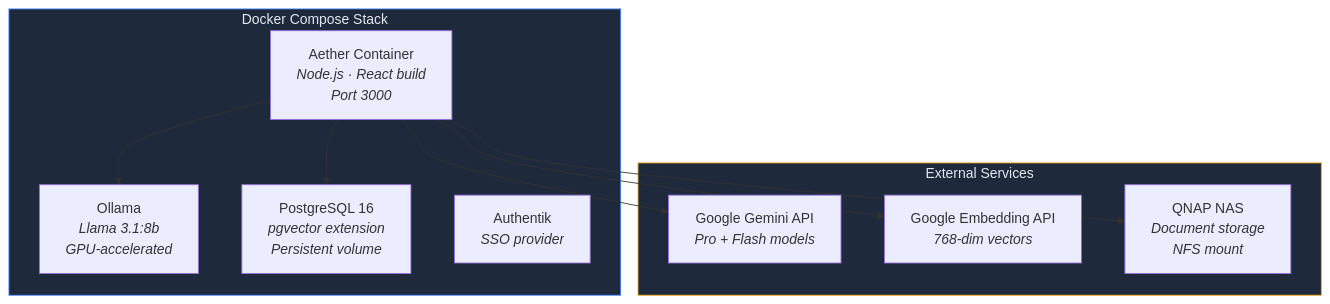
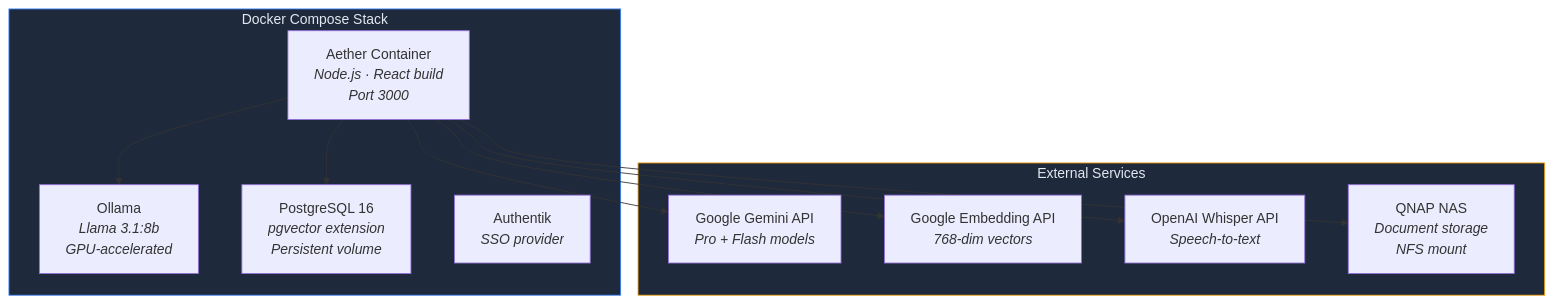
Before and after one commit to EolaFam1828/AetherLegalIntelligence: diagram 11 of 11 in ARCHITECTURE.md, drawn with Mermaid. The commit also changed other lines of this file and 1 other file, not shown here.

First line of the commit message:
Add Whisper transcription to architecture docs and tech stack

````diff
--- a/ARCHITECTURE.md
+++ b/ARCHITECTURE.md
@@ -511,24 +512,26 @@
 ```mermaid
 flowchart TB
     subgraph DOCKER["Docker Compose Stack"]
         AETHER["Aether Container<br/><i>Node.js · React build<br/>Port 3000</i>"]
         OLLAMA["Ollama<br/><i>Llama 3.1:8b<br/>GPU-accelerated</i>"]
         PG["PostgreSQL 16<br/><i>pgvector extension<br/>Persistent volume</i>"]
         AK["Authentik<br/><i>SSO provider</i>"]
     end
 
     subgraph EXTERNAL["External Services"]
         GEMINI["Google Gemini API<br/><i>Pro + Flash models</i>"]
         GEMBED["Google Embedding API<br/><i>768-dim vectors</i>"]
+        WHISPER["OpenAI Whisper API<br/><i>Speech-to-text</i>"]
         NAS["QNAP NAS<br/><i>Document storage<br/>NFS mount</i>"]
     end
 
     AETHER --> PG
     AETHER --> OLLAMA
     AETHER --> GEMINI
     AETHER --> GEMBED
+    AETHER --> WHISPER
     AETHER --> NAS
 
     style DOCKER fill:#1e293b,stroke:#3b82f6,color:#e2e8f0
     style EXTERNAL fill:#1e293b,stroke:#f59e0b,color:#e2e8f0
 ```
````
